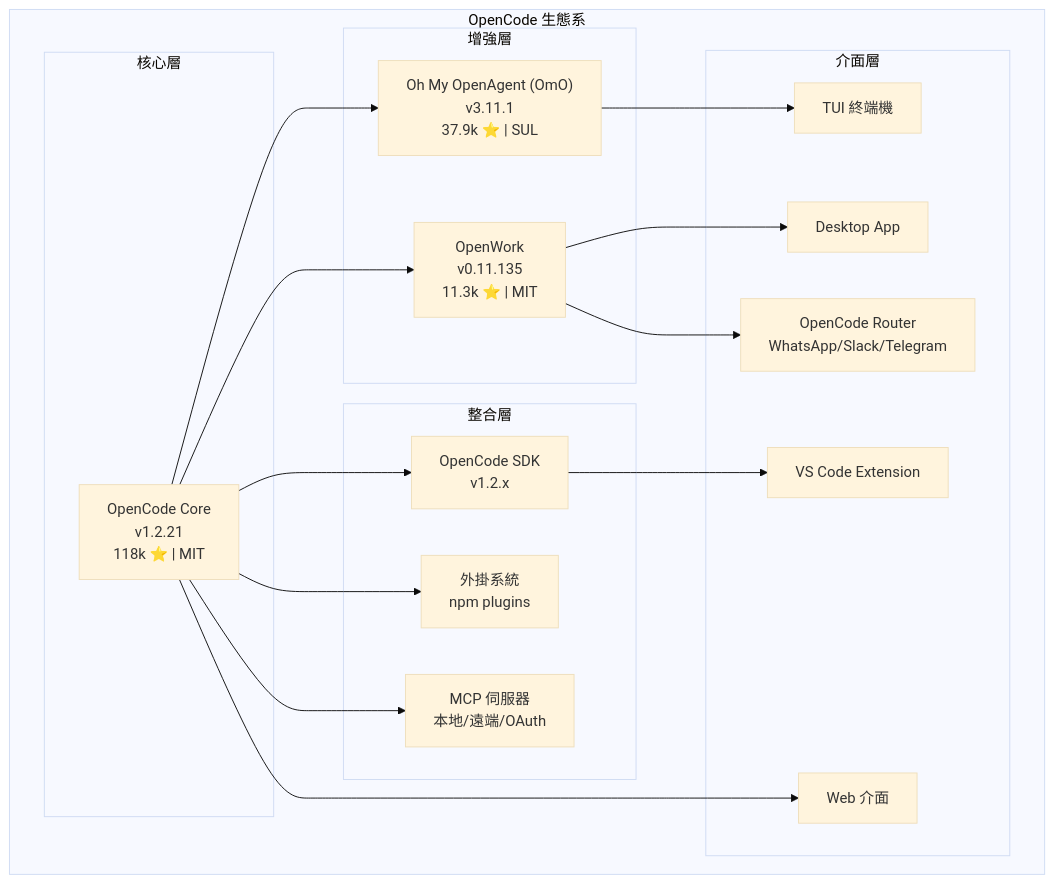
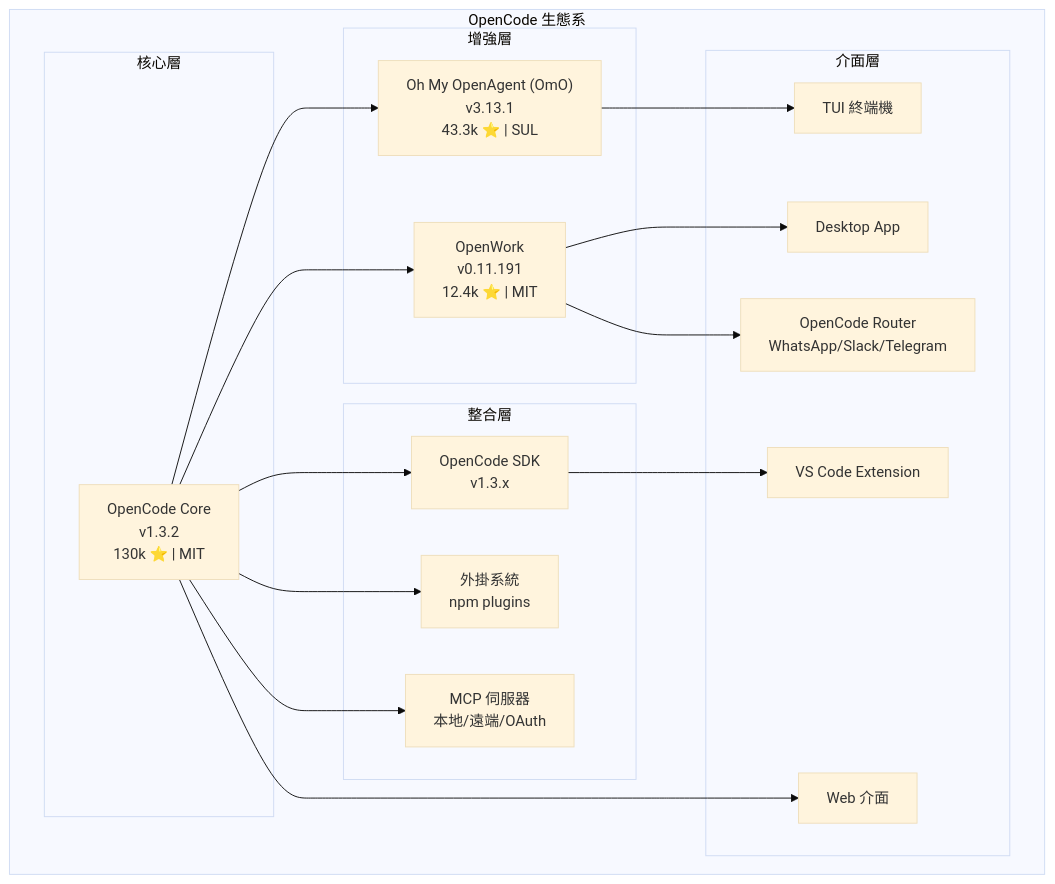
Before and after one commit to chihhung/Blog: the first of 50 diagrams in content/posts/教學/AI開發/opencode生態系教學手冊.md, drawn with Mermaid (base theme). The commit also changed other lines of this file, not shown here.

````diff
--- a/content/posts/教學/AI開發/opencode生態系教學手冊.md
+++ b/content/posts/教學/AI開發/opencode生態系教學手冊.md
@@ -236,39 +262,39 @@
 ```mermaid
 graph TB
     subgraph "OpenCode 生態系"
         subgraph "核心層"
-            OC["OpenCode Core<br/>v1.2.21<br/>118k ⭐ | MIT"]
+            OC["OpenCode Core<br/>v1.3.2<br/>130k ⭐ | MIT"]
         end
 
         subgraph "增強層"
-            OmO["Oh My OpenAgent (OmO)<br/>v3.11.1<br/>37.9k ⭐ | SUL"]
-            OW["OpenWork<br/>v0.11.135<br/>11.3k ⭐ | MIT"]
+            OmO["Oh My OpenAgent (OmO)<br/>v3.13.1<br/>43.3k ⭐ | SUL"]
+            OW["OpenWork<br/>v0.11.191<br/>12.4k ⭐ | MIT"]
         end
 
         subgraph "整合層"
-            SDK["OpenCode SDK<br/>v1.2.x"]
+            SDK["OpenCode SDK<br/>v1.3.x"]
             Plugin["外掛系統<br/>npm plugins"]
             MCP["MCP 伺服器<br/>本地/遠端/OAuth"]
         end
 
         subgraph "介面層"
             TUI["TUI 終端機"]
             Desktop["Desktop App"]
             IDE["VS Code Extension"]
             Web["Web 介面"]
             Router["OpenCode Router<br/>WhatsApp/Slack/Telegram"]
         end
     end
 
     OC --> OmO
     OC --> OW
     OC --> SDK
     OC --> Plugin
     OC --> MCP
 
     OmO --> TUI
     OW --> Desktop
     SDK --> IDE
     OC --> Web
     OW --> Router
 ```
````
